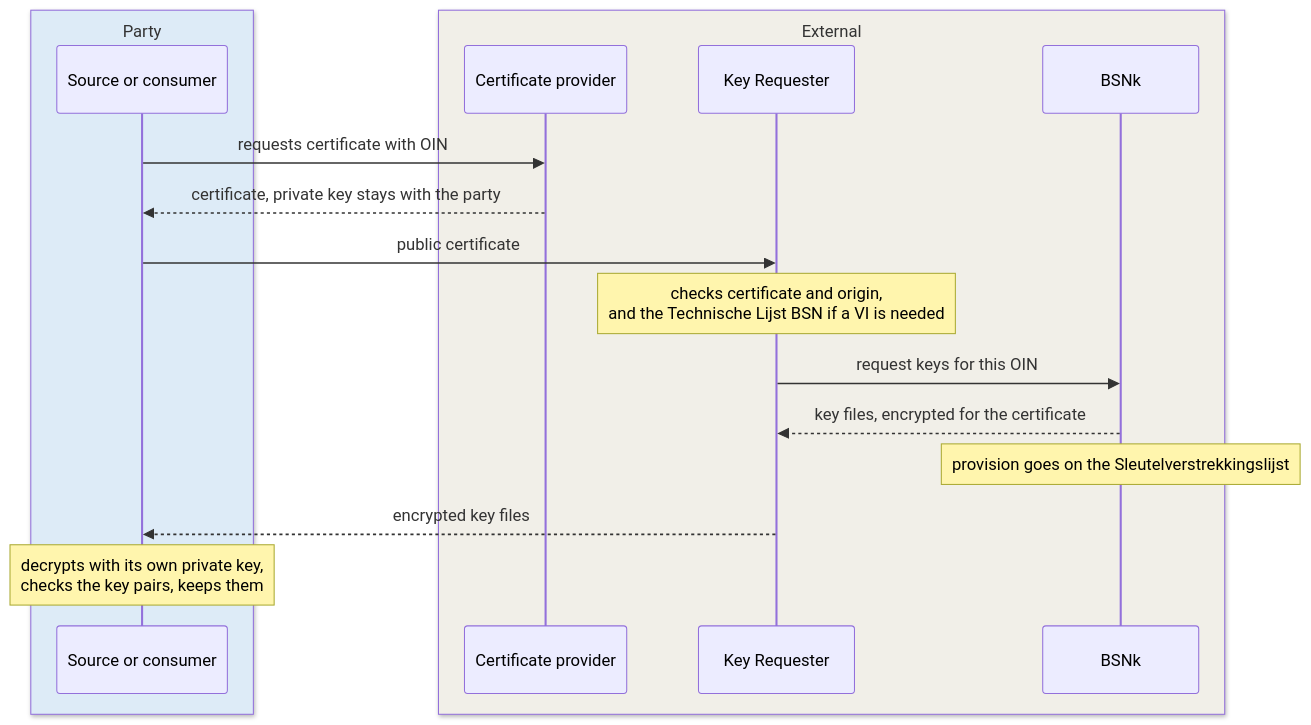
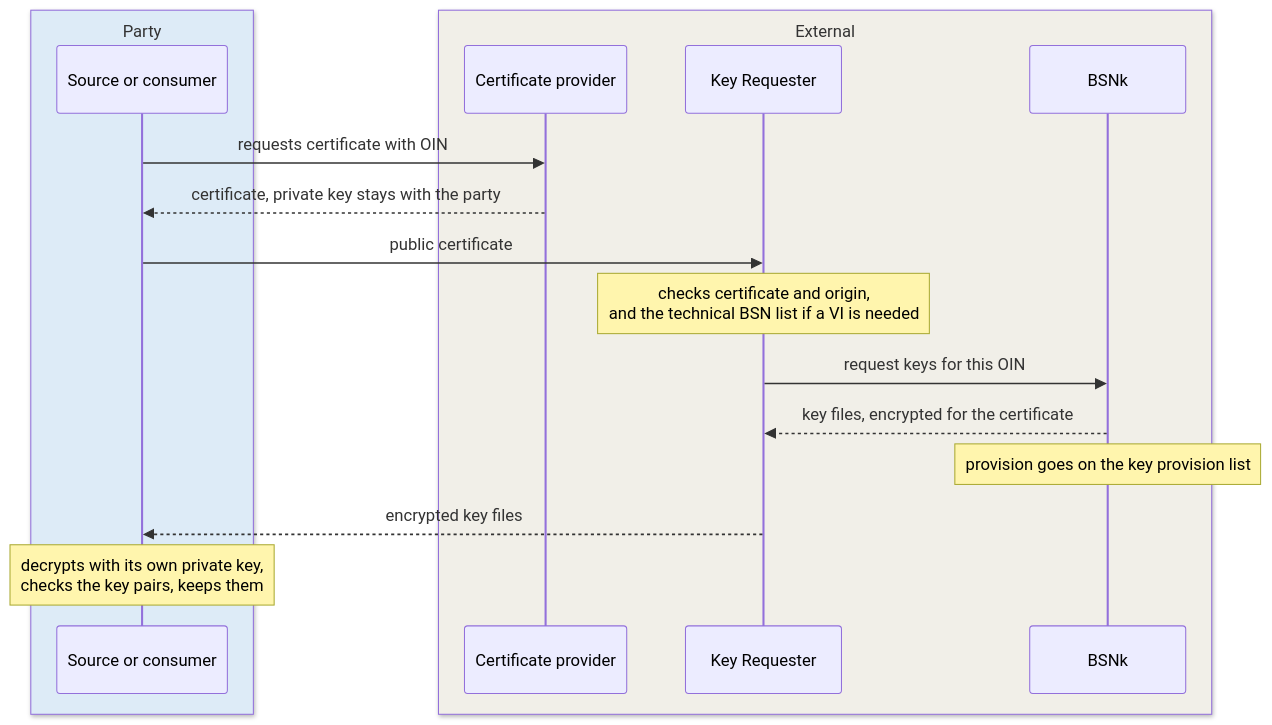
One commit to ICTU/GBO-TO changed the third of 3 diagrams in docs/requirements/pseudonymization.md. Above: the diagram before and after it, drawn with Mermaid. The commit also changed other lines of this file and 74 other files, not shown here.

````diff
--- a/docs/requirements/pseudonymization.md
+++ b/docs/requirements/pseudonymization.md
@@ -1308,21 +1316,21 @@
 ```mermaid
 sequenceDiagram
     box rgb(221,235,247) Party
       participant P as Source or consumer
     end
     box rgb(241,239,232) External
       participant C as Certificate provider
       participant S as Key Requester
       participant K as BSNk
     end
 
     P->>C: requests certificate with OIN
     C-->>P: certificate, private key stays with the party
     P->>S: public certificate
-    Note over S: checks certificate and origin,<br/>and the Technische Lijst BSN if a VI is needed
+    Note over S: checks certificate and origin,<br/>and the technical BSN list if a VI is needed
     S->>K: request keys for this OIN
     K-->>S: key files, encrypted for the certificate
-    Note over K: provision goes on the Sleutelverstrekkingslijst
+    Note over K: provision goes on the key provision list
     S-->>P: encrypted key files
     Note over P: decrypts with its own private key,<br/>checks the key pairs, keeps them
 ```
````
